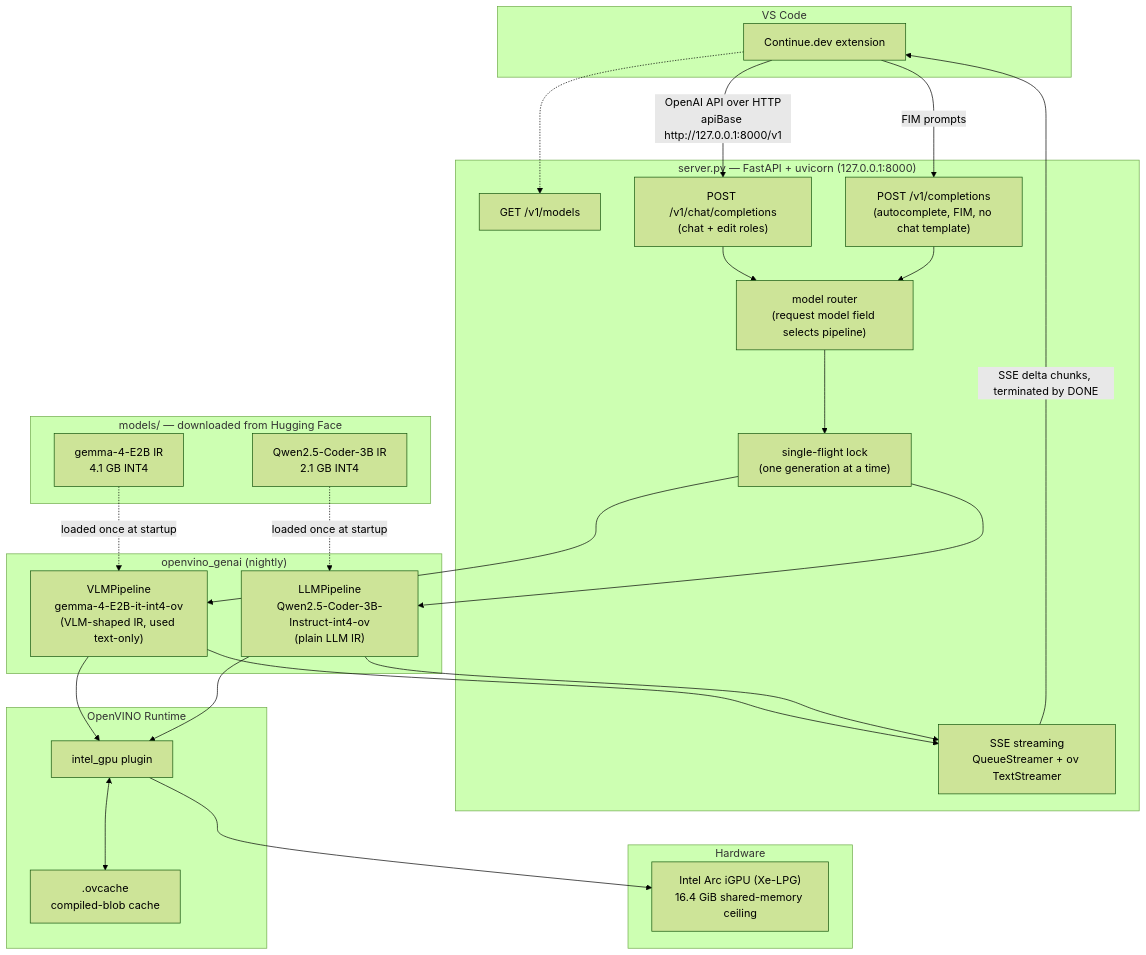
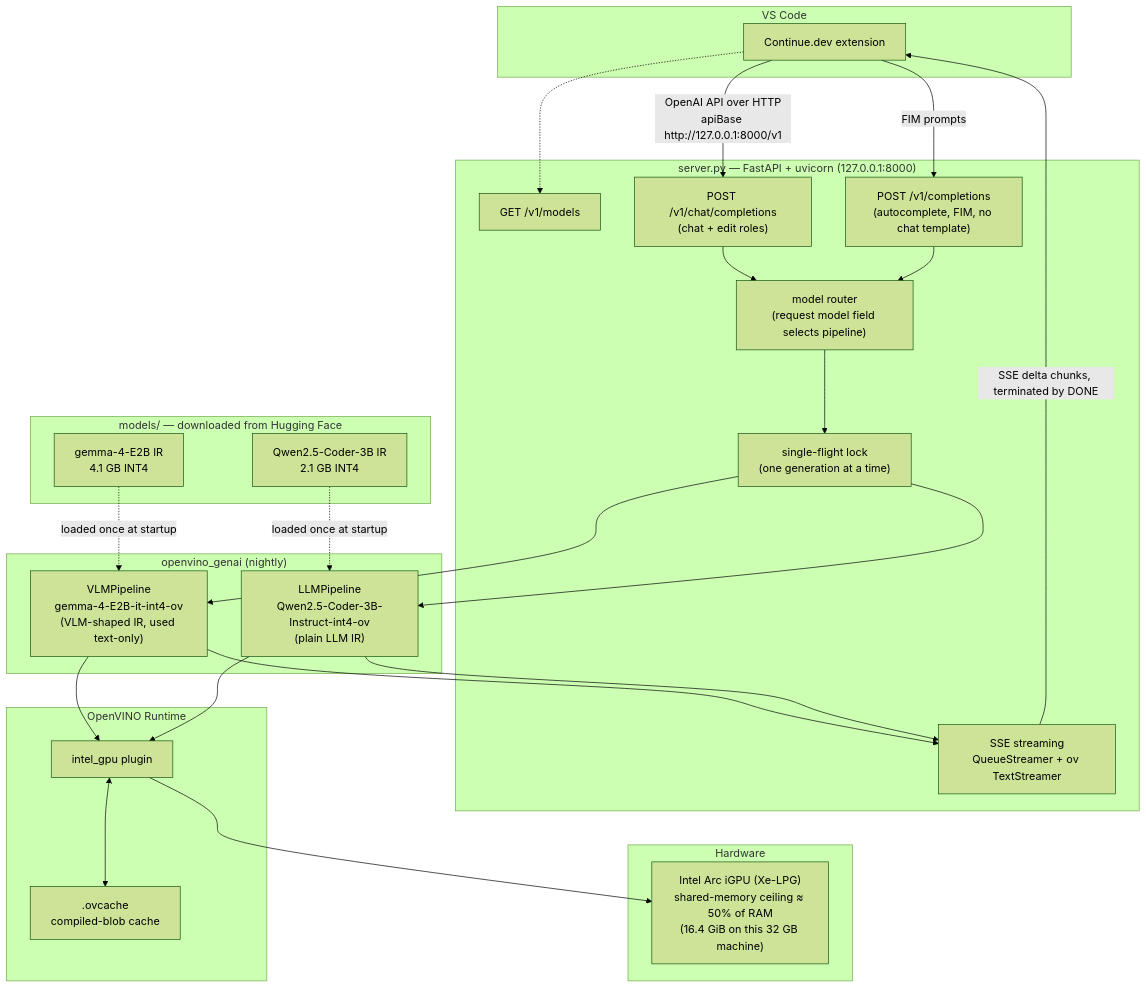
One commit to harmenwessels/core-ultra-llm-server changed the diagram in ARCHITECTURE.md. Above: the diagram before and after it, drawn with Mermaid (forest theme). The commit also changed other lines of this file and 1 other file, not shown here.

First line of the commit message:
Generalize iGPU memory ceiling: ~50% of system RAM, not a fixed 16.4 GiB

````diff
--- a/ARCHITECTURE.md
+++ b/ARCHITECTURE.md
@@ -13,52 +13,52 @@
 ```mermaid
 flowchart TB
     subgraph vscode["VS Code"]
         cont["Continue.dev extension"]
     end
 
     subgraph srv["server.py — FastAPI + uvicorn (127.0.0.1:8000)"]
         models_ep["GET /v1/models"]
         chat_ep["POST /v1/chat/completions<br/>(chat + edit roles)"]
         compl_ep["POST /v1/completions<br/>(autocomplete, FIM, no chat template)"]
         router["model router<br/>(request model field selects pipeline)"]
         lock["single-flight lock<br/>(one generation at a time)"]
         sse["SSE streaming<br/>QueueStreamer + ov TextStreamer"]
     end
 
     subgraph genai["openvino_genai (nightly)"]
         vlm["VLMPipeline<br/>gemma-4-E2B-it-int4-ov<br/>(VLM-shaped IR, used text-only)"]
         llm["LLMPipeline<br/>Qwen2.5-Coder-3B-Instruct-int4-ov<br/>(plain LLM IR)"]
     end
 
     subgraph ov["OpenVINO Runtime"]
         gpuplugin["intel_gpu plugin"]
         cache[".ovcache<br/>compiled-blob cache"]
     end
 
     subgraph hw["Hardware"]
-        igpu["Intel Arc iGPU (Xe-LPG)<br/>16.4 GiB shared-memory ceiling"]
+        igpu["Intel Arc iGPU (Xe-LPG)<br/>shared-memory ceiling ≈ 50% of RAM<br/>(16.4 GiB on this 32 GB machine)"]
     end
 
     subgraph disk["models/ — downloaded from Hugging Face"]
         ir1["gemma-4-E2B IR<br/>4.1 GB INT4"]
         ir2["Qwen2.5-Coder-3B IR<br/>2.1 GB INT4"]
     end
 
     cont -- "OpenAI API over HTTP<br/>apiBase http://127.0.0.1:8000/v1" --> chat_ep
     cont -- "FIM prompts" --> compl_ep
     cont -.-> models_ep
     chat_ep --> router
     compl_ep --> router
     router --> lock
     lock --> vlm
     lock --> llm
     vlm --> sse
     llm --> sse
     sse -- "SSE delta chunks, terminated by DONE" --> cont
     vlm --> gpuplugin
     llm --> gpuplugin
     gpuplugin <--> cache
     gpuplugin --> igpu
     ir1 -. "loaded once at startup" .-> vlm
     ir2 -. "loaded once at startup" .-> llm
 ```
````
